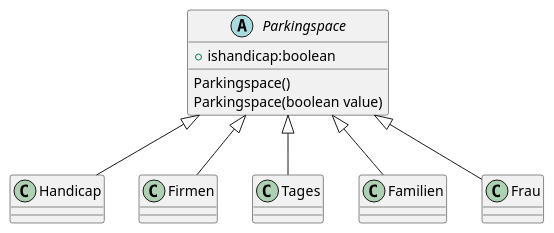
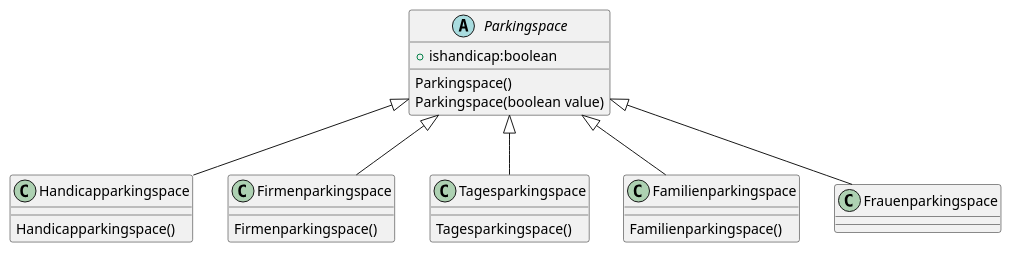
The diagram in src/main/parkhaus-project/Parkhaus/java/com/se1_team20/Parkhaus/ParkingSlot/uml_Parkingspace.puml (1nbetw33n/Parkhaus_new), drawn with PlantUML before and after one commit.

Commit message:
Added 4 default constructor in the uml diagramm.

```diff
--- a/src/main/parkhaus-project/Parkhaus/java/com/se1_team20/Parkhaus/ParkingSlot/uml_Parkingspace.puml
+++ b/src/main/parkhaus-project/Parkhaus/java/com/se1_team20/Parkhaus/ParkingSlot/uml_Parkingspace.puml
@@ -6,24 +6,43 @@
 @startuml
 'https://plantuml.com/class-diagram
 
 abstract Parkingspace{
 
    +ishandicap:boolean
 
    Parkingspace()
    Parkingspace(boolean value)
 
 }
 
-class Handicap{
+class Handicapparkingspace{
+
+   Handicapparkingspace()
 
 }
 
-Parkingspace<|--Handicap
-Parkingspace<|--Firmen
-Parkingspace<|--Tages
-Parkingspace<|--Familien
-Parkingspace<|--Frau
+class Firmenparkingspace{
+
+    Firmenparkingspace()
+}
+
+class Tagesparkingspace{
+
+    Tagesparkingspace()
+}
+
+class Familienparkingspace{
+
+    Familienparkingspace()
+}
+
+
+
+Parkingspace<|--Handicapparkingspace
+Parkingspace<|--Firmenparkingspace
+Parkingspace<|--Tagesparkingspace
+Parkingspace<|--Familienparkingspace
+Parkingspace<|--Frauenparkingspace
 
 
 @enduml
```
